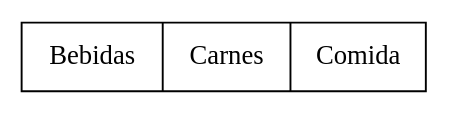
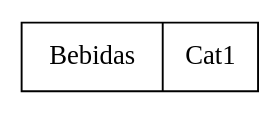
Before and after one commit to RonaldSamayoa/Proyecto1_EDD_PS26: the diagram in output/arbol_bplus.dot, drawn with Graphviz. The commit also changed 7 other files, not shown here.

```diff
--- a/output/arbol_bplus.dot
+++ b/output/arbol_bplus.dot
@@ -1,4 +1,4 @@
 digraph BPlus {
 node [shape=record];
-"0x601755b80840" [label="Bebidas | Carnes | Comida"];
+"0x596d5fd92ab0" [label="Bebidas | Cat1"];
 }
```
